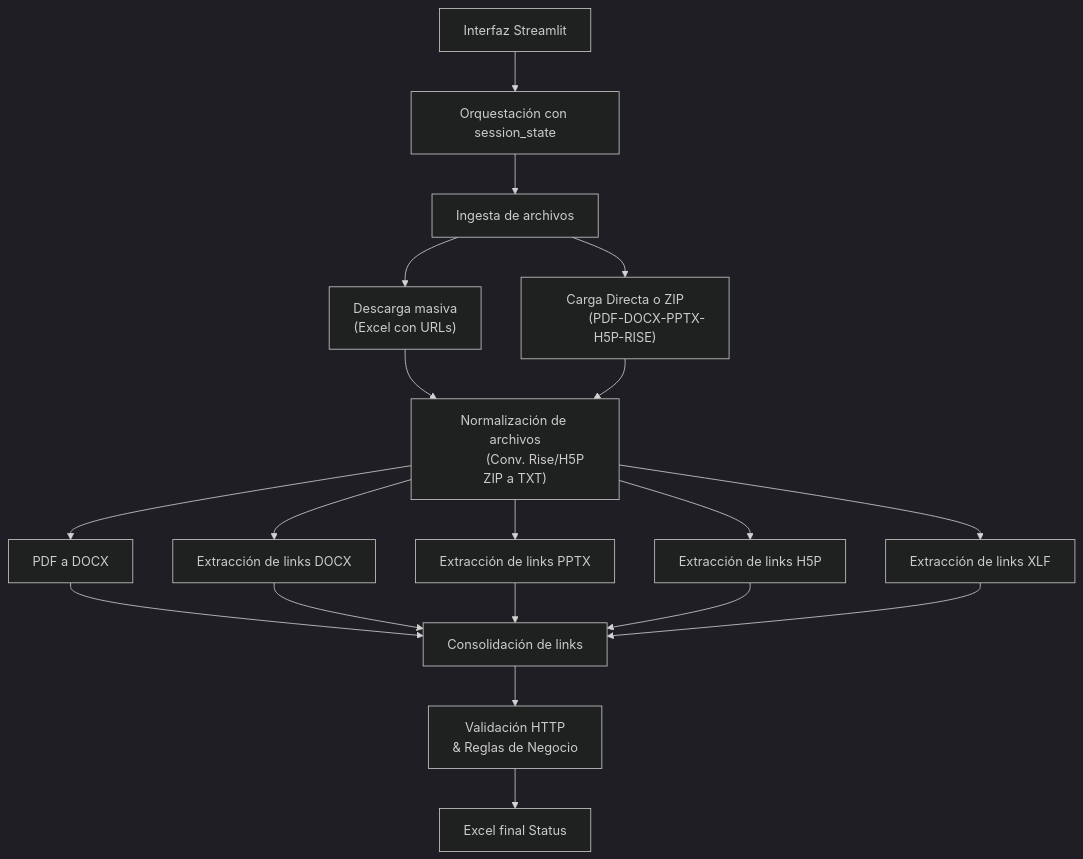
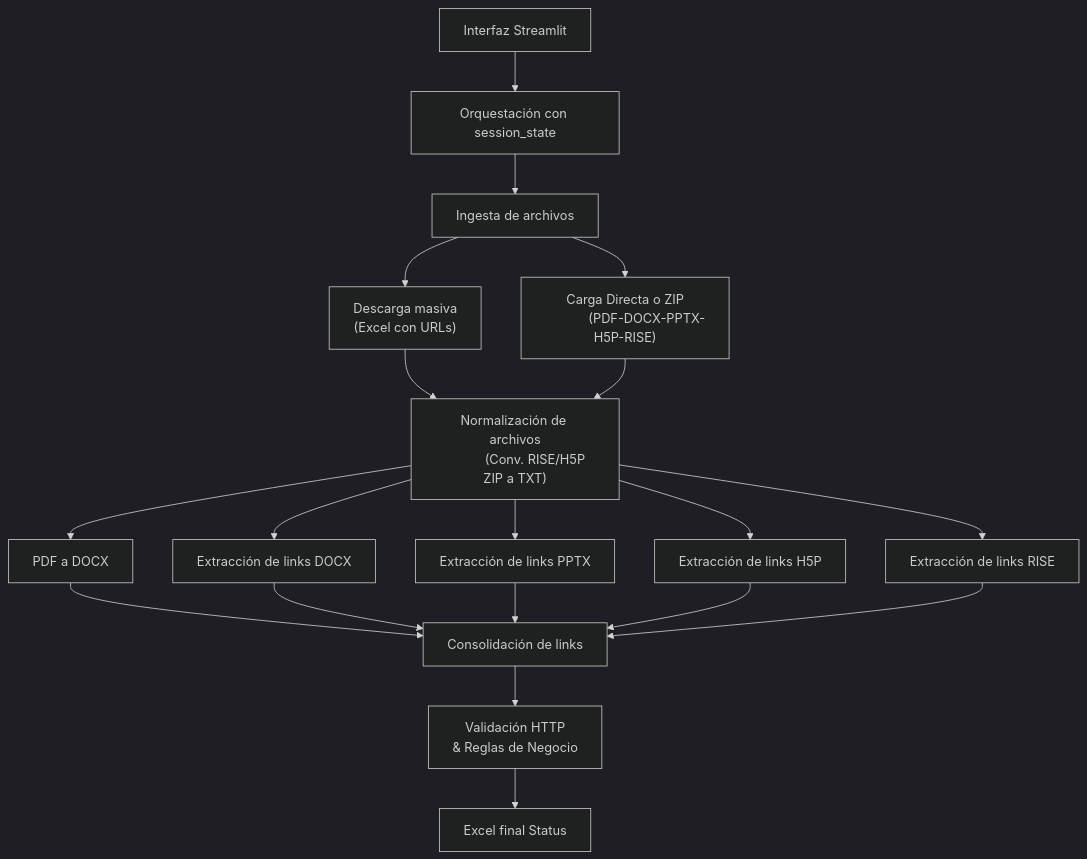
One commit to joseluisantunezcondezo/UTP_Broken_Link_Checker changed the diagram in README.md. Above: the diagram before and after it, drawn with Mermaid (dark theme).

Commit message:
README.md

````diff
--- a/README.md
+++ b/README.md
@@ -180,25 +180,25 @@
 ```mermaid
 flowchart TD
     A["Interfaz Streamlit"] --> B["Orquestación con session_state"]
     B --> C["Ingesta de archivos"]
     C --> D1["Descarga masiva
               (Excel con URLs)"]
     C --> D2["Carga Directa o ZIP
             (PDF-DOCX-PPTX-H5P-RISE)"]
     D1 --> E["Normalización de archivos
-            (Conv. Rise/H5P ZIP a TXT)"]
+            (Conv. RISE/H5P ZIP a TXT)"]
     D2 --> E
     E --> F1["PDF a DOCX"]
     E --> F2["Extracción de links DOCX"]
     E --> F3[Extracción de links PPTX]
     E --> F4[Extracción de links H5P]
-    E --> F5[Extracción de links XLF]
+    E --> F5[Extracción de links RISE]
     F1 --> G[Consolidación de links]
     F2 --> G
     F3 --> G
     F4 --> G
     F5 --> G
     G --> H["Validación HTTP
             & Reglas de Negocio"]
     H --> I[Excel final Status]
 ```
````
